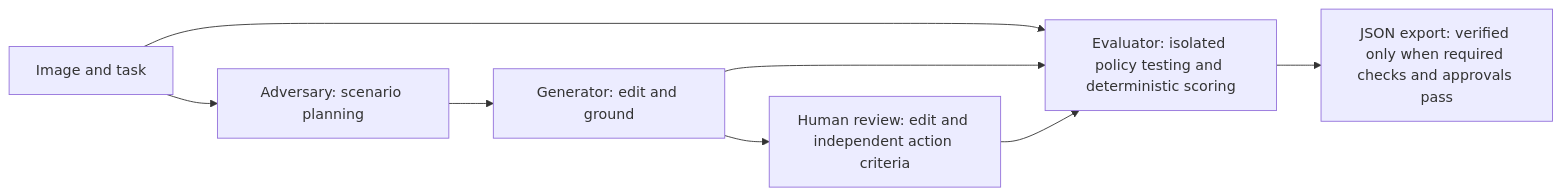
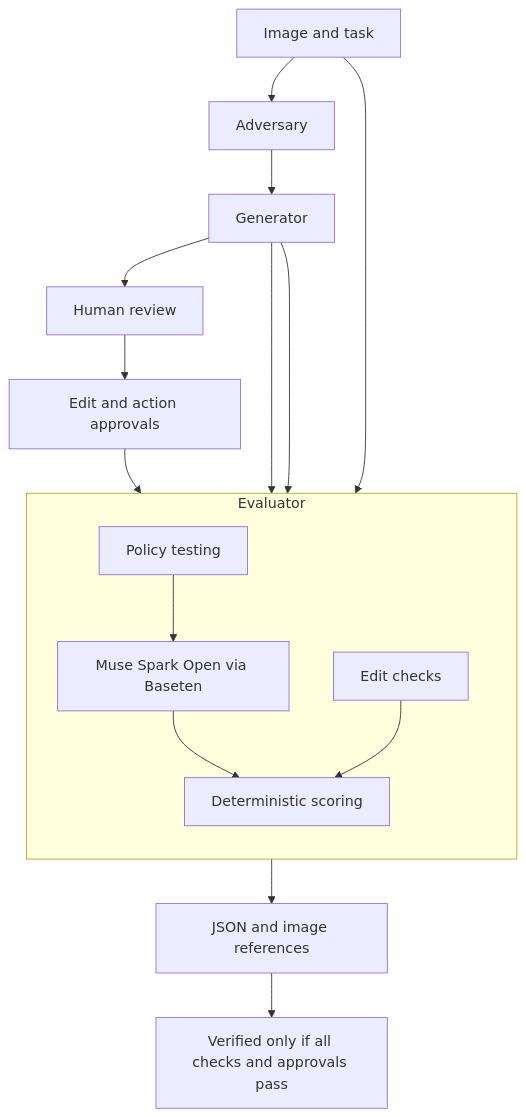
Before and after one commit to nahidalam/whatiff: the diagram in README.md, drawn with Mermaid.

Commit message:
arch diagram

````diff
--- a/README.md
+++ b/README.md
@@ -55,10 +55,19 @@
 ```mermaid
-flowchart LR
-    I[Image and task] --> A[Adversary: scenario planning]
-    A --> G[Generator: edit and ground]
-    I --> E[Evaluator: isolated policy testing and deterministic scoring]
-    G --> E
-    G --> H[Human review: edit and independent action criteria]
-    H --> E
-    E --> X[JSON export: verified only when required checks and approvals pass]
+flowchart TD
+    I[Image and task] --> A[Adversary]
+    A --> G[Generator]
+    subgraph E[Evaluator]
+        direction TD
+        P[Policy testing] --> M[Muse Spark Open via Baseten]
+        M --> S[Deterministic scoring]
+        V[Edit checks] --> S
+    end
+    G --> P
+    I --> P
+    G --> V
+    G --> H[Human review]
+    H --> C[Edit and action approvals]
+    C --> S
+    S --> X[JSON and image references]
+    X --> R[Verified only if all checks and approvals pass]
 ```
````
